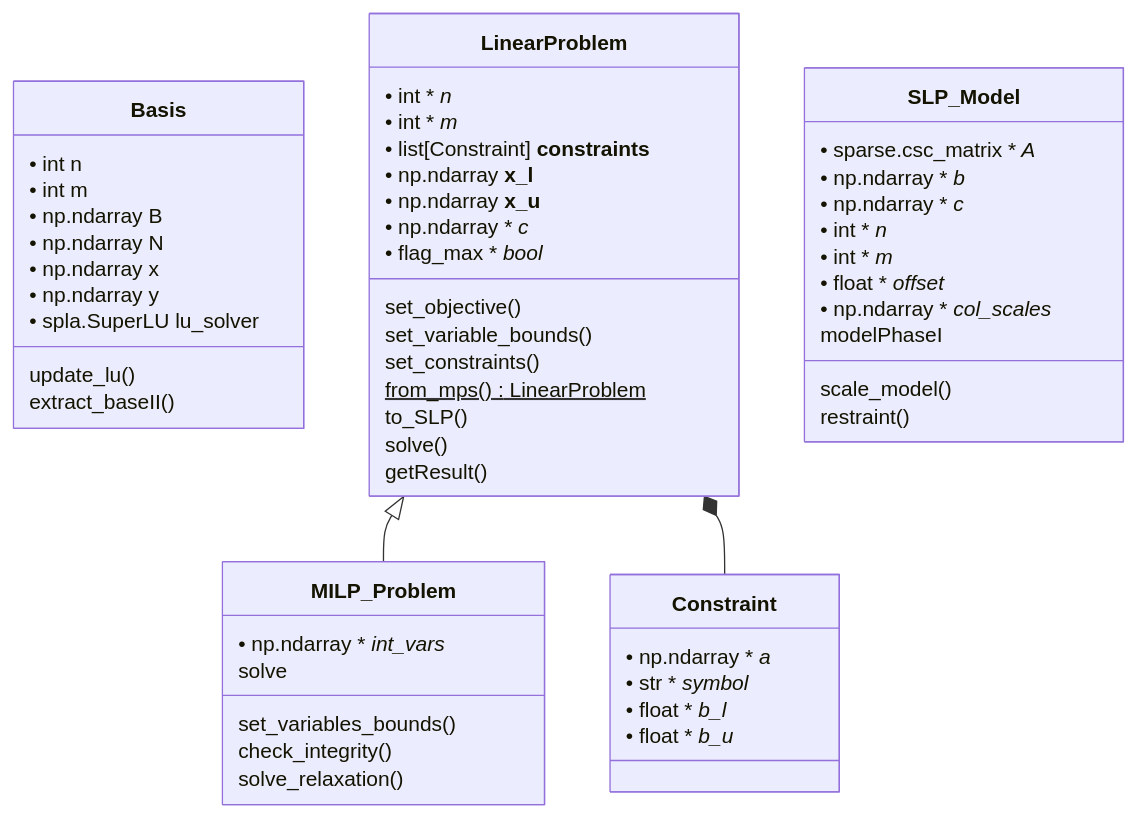
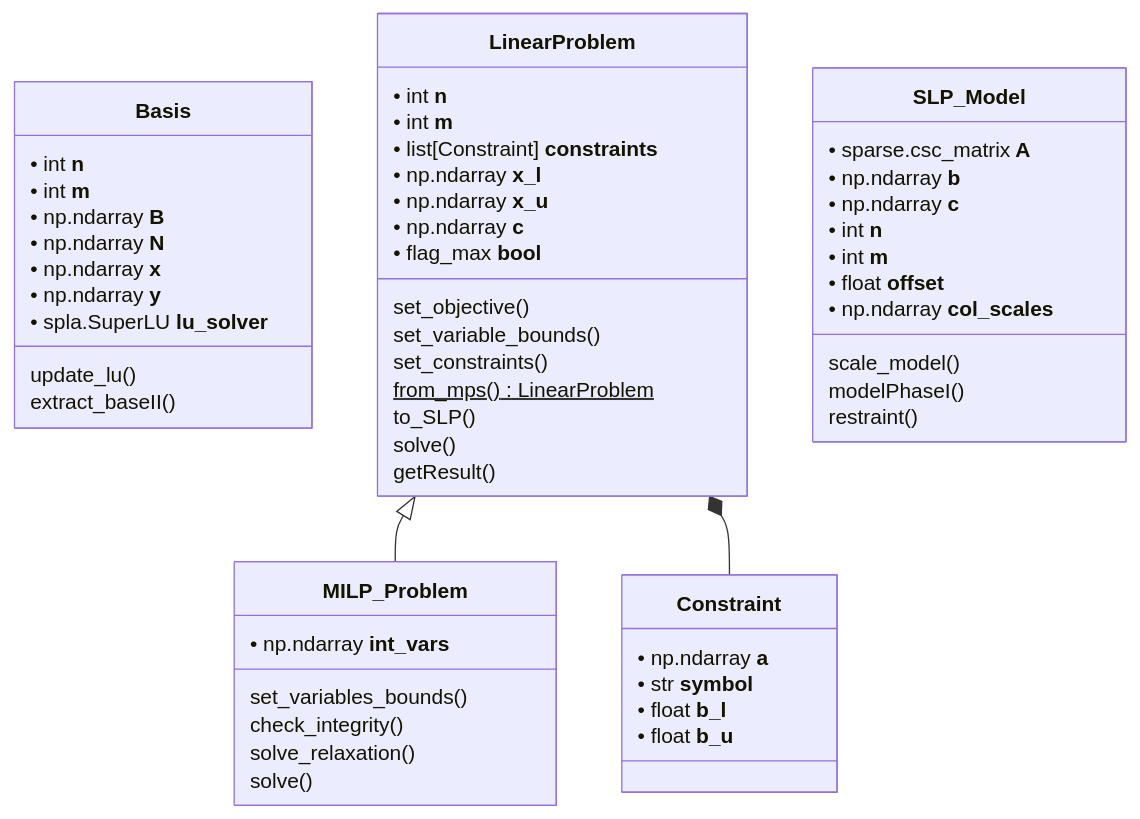
One commit to JeanPousset/MILP_solver changed the second of 2 diagrams in README.md. Above: the diagram before and after it, drawn with Mermaid. The commit also changed other lines of this file, not shown here.

````diff
--- a/README.md
+++ b/README.md
@@ -30,69 +30,69 @@
 ```mermaid
 ---
 config:
   htmlLabels: false
 ---
 classDiagram
     class Basis{
-        • int n
-        • int m
-        • np.ndarray B
-        • np.ndarray N
-        • np.ndarray x
-        • np.ndarray y
-        • spla.SuperLU lu_solver
+        • int __n__
+        • int __m__
+        • np.ndarray __B__
+        • np.ndarray __N__
+        • np.ndarray __x__
+        • np.ndarray __y__
+        • spla.SuperLU __lu_solver__
         
         update_lu()
         extract_baseII()
     }
     class Constraint{
-        • np.ndarray **a**
-        • str **symbol**
-        • float **b_l**
-        • float **b_u**
+        • np.ndarray __a__
+        • str __symbol__
+        • float __b_l__
+        • float __b_u__
     }
     
     class LinearProblem{
-        • int **n**
-        • int **m** 
+        • int __n__
+        • int __m__ 
         • list[Constraint] __constraints__
         • np.ndarray __x_l__
         • np.ndarray __x_u__
-        • np.ndarray **c**
-        • flag_max **bool**
+        • np.ndarray __c__
+        • flag_max __bool__
         
         set_objective()
         set_variable_bounds()
         set_constraints()
         from_mps() LinearProblem$
         to_SLP()
         solve()
         getResult()
     }
     
     class MILP_Problem{
-        • np.ndarray **int_vars**
+        • np.ndarray __int_vars__
         set_variables_bounds()
         check_integrity()
         solve_relaxation()
-        solve
+        solve()
     }
     
     class SLP_Model{
-        • sparse.csc_matrix **A**
-        • np.ndarray **b**
-        • np.ndarray **c**
-        • int **n**
-        • int **m**
-        • float **offset**
-        • np.ndarray **col_scales**
+        • sparse.csc_matrix __A__
+        • np.ndarray __b__
+        • np.ndarray __c__
+        • int __n__
+        • int __m__
+        • float __offset__
+        • np.ndarray __col_scales__
         scale_model()
-        modelPhaseI
+        modelPhaseI()
         restraint()
 
     }
     
     LinearProblem <|-- MILP_Problem
     LinearProblem *-- Constraint
     
 ```
````
